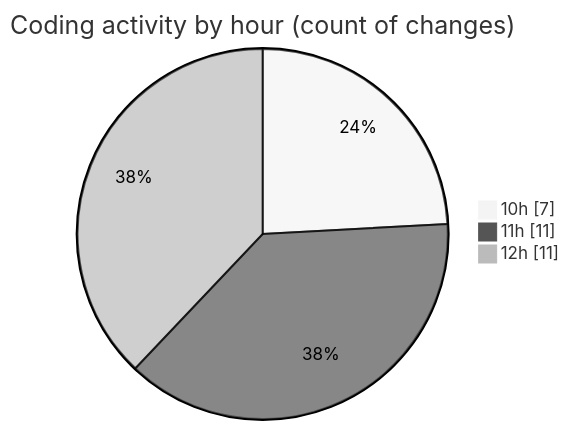
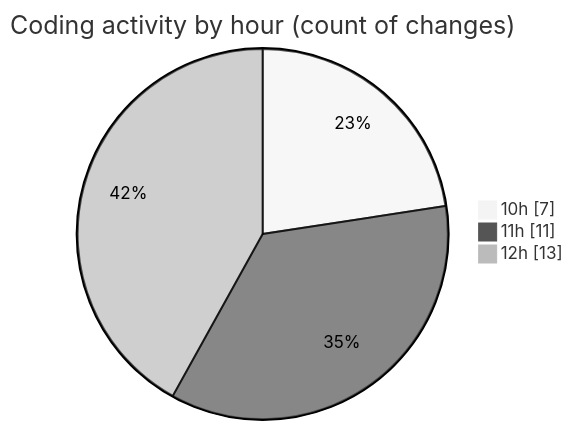
Before and after one commit to igalym/code-tracking: the second of 2 diagrams in 2026-03-31/cinema/README.md, drawn with Mermaid (neutral theme). The commit also changed other lines of this file and 1 other file, not shown here.

````diff
--- a/2026-03-31/cinema/README.md
+++ b/2026-03-31/cinema/README.md
@@ -39,7 +40,7 @@
 ```mermaid
 pie showData
 title Coding activity by hour (count of changes)
 "10h" : 7
 "11h" : 11
-"12h" : 11
+"12h" : 13
 ```
````
